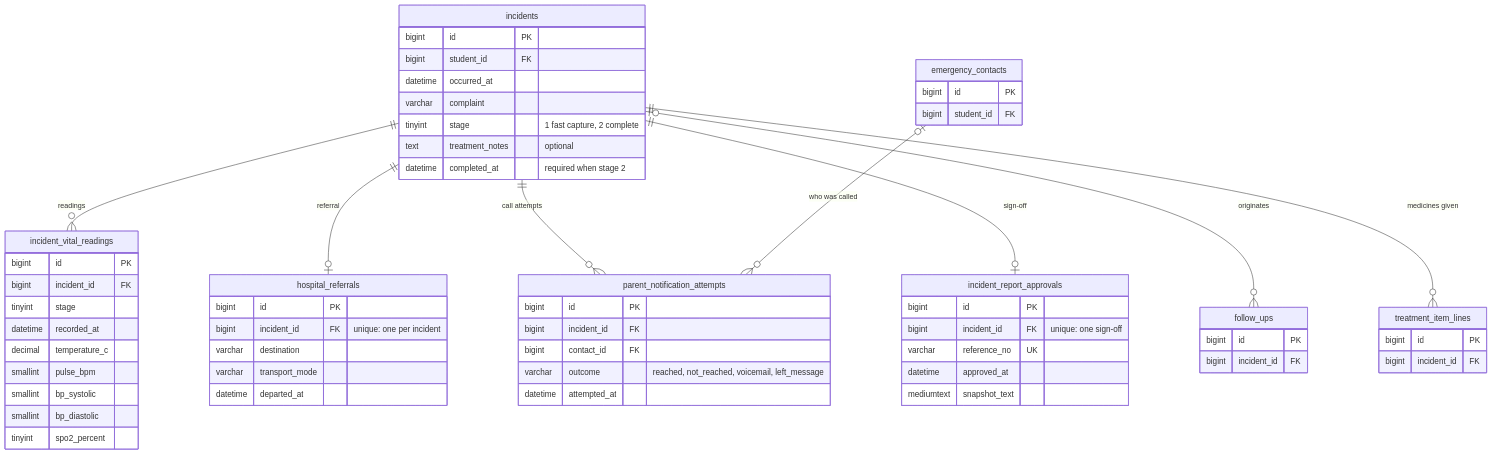
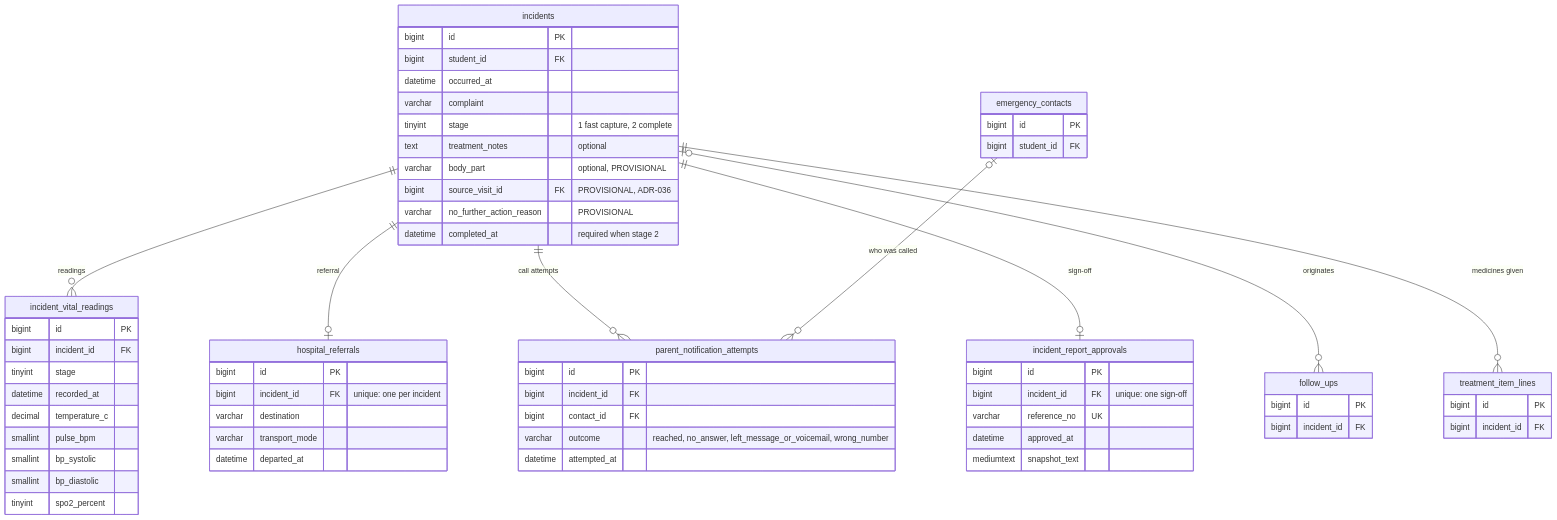
The fourth of 6 diagrams in CLINIQ-Knowledge-Base/02-Architecture/Database/ERD.md (zekuuu/cliniq), drawn with Mermaid before and after one commit. The commit also changed other lines of this file and 22 other files, not shown here.

````diff
--- a/CLINIQ-Knowledge-Base/02-Architecture/Database/ERD.md
+++ b/CLINIQ-Knowledge-Base/02-Architecture/Database/ERD.md
@@ -298,63 +301,66 @@
 ```mermaid
 erDiagram
     incidents {
         bigint id PK
         bigint student_id FK
         datetime occurred_at
         varchar complaint
         tinyint stage "1 fast capture, 2 complete"
         text treatment_notes "optional"
+        varchar body_part "optional, PROVISIONAL"
+        bigint source_visit_id FK "PROVISIONAL, ADR-036"
+        varchar no_further_action_reason "PROVISIONAL"
         datetime completed_at "required when stage 2"
     }
     incident_vital_readings {
         bigint id PK
         bigint incident_id FK
         tinyint stage
         datetime recorded_at
         decimal temperature_c
         smallint pulse_bpm
         smallint bp_systolic
         smallint bp_diastolic
         tinyint spo2_percent
     }
     hospital_referrals {
         bigint id PK
         bigint incident_id FK "unique: one per incident"
         varchar destination
         varchar transport_mode
         datetime departed_at
     }
     parent_notification_attempts {
         bigint id PK
         bigint incident_id FK
         bigint contact_id FK
-        varchar outcome "reached, not_reached, voicemail, left_message"
+        varchar outcome "reached, no_answer, left_message_or_voicemail, wrong_number"
         datetime attempted_at
     }
     incident_report_approvals {
         bigint id PK
         bigint incident_id FK "unique: one sign-off"
         varchar reference_no UK
         datetime approved_at
         mediumtext snapshot_text
     }
     emergency_contacts {
         bigint id PK
         bigint student_id FK
     }
     follow_ups {
         bigint id PK
         bigint incident_id FK
     }
     treatment_item_lines {
         bigint id PK
         bigint incident_id FK
     }
     incidents ||--o{ incident_vital_readings : readings
     incidents ||--o| hospital_referrals : referral
     incidents ||--o{ parent_notification_attempts : "call attempts"
     incidents ||--o| incident_report_approvals : "sign-off"
     emergency_contacts |o--o{ parent_notification_attempts : "who was called"
     incidents |o--o{ follow_ups : originates
     incidents ||--o{ treatment_item_lines : "medicines given"
 ```
````
